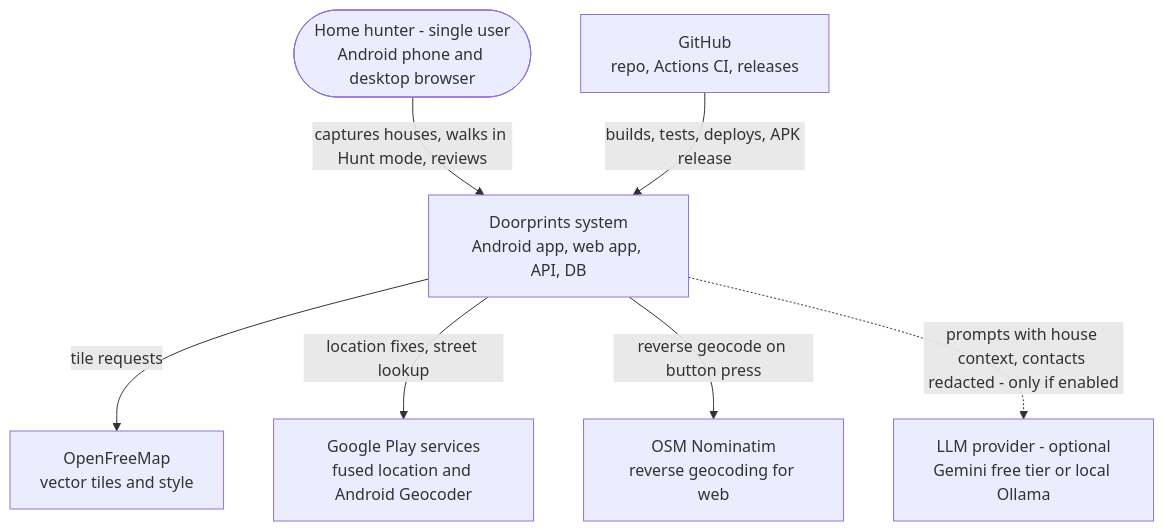
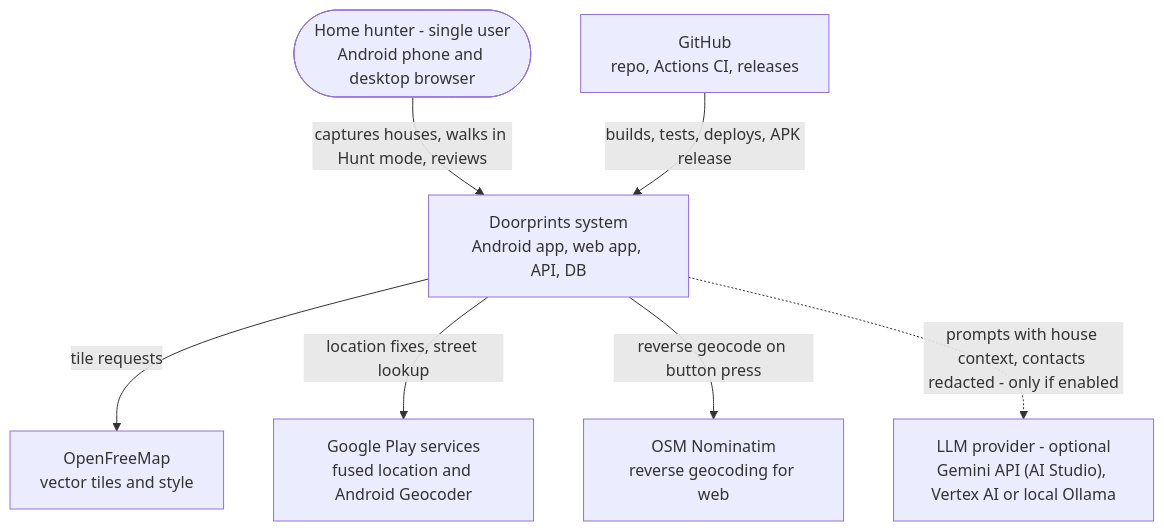
One commit to Sriram-Codes-SW/doorprints changed the first of 15 diagrams in docs/03-design.md. Above: the diagram before and after it, drawn with Mermaid. The commit also changed other lines of this file and 40 other files, not shown here.

First line of the commit message:
feat(ai): add Vertex AI provider behind AI_PROVIDER switch (AI Studio stays default)

````diff
--- a/docs/03-design.md
+++ b/docs/03-design.md
@@ -46,16 +47,16 @@
 ```mermaid
 flowchart TB
     user(["Home hunter - single user<br/>Android phone and desktop browser"])
     hh["Doorprints system<br/>Android app, web app, API, DB"]
     ofm["OpenFreeMap<br/>vector tiles and style"]
     gps["Google Play services<br/>fused location and Android Geocoder"]
     nom["OSM Nominatim<br/>reverse geocoding for web"]
-    llm["LLM provider - optional<br/>Gemini free tier or local Ollama"]
+    llm["LLM provider - optional<br/>Gemini API (AI Studio), Vertex AI or local Ollama"]
     gh["GitHub<br/>repo, Actions CI, releases"]
     user -->|"captures houses, walks in Hunt mode, reviews"| hh
     hh -->|"tile requests"| ofm
     hh -->|"location fixes, street lookup"| gps
     hh -->|"reverse geocode on button press"| nom
     hh -.->|"prompts with house context, contacts redacted - only if enabled"| llm
     gh -->|"builds, tests, deploys, APK release"| hh
 ```
````
